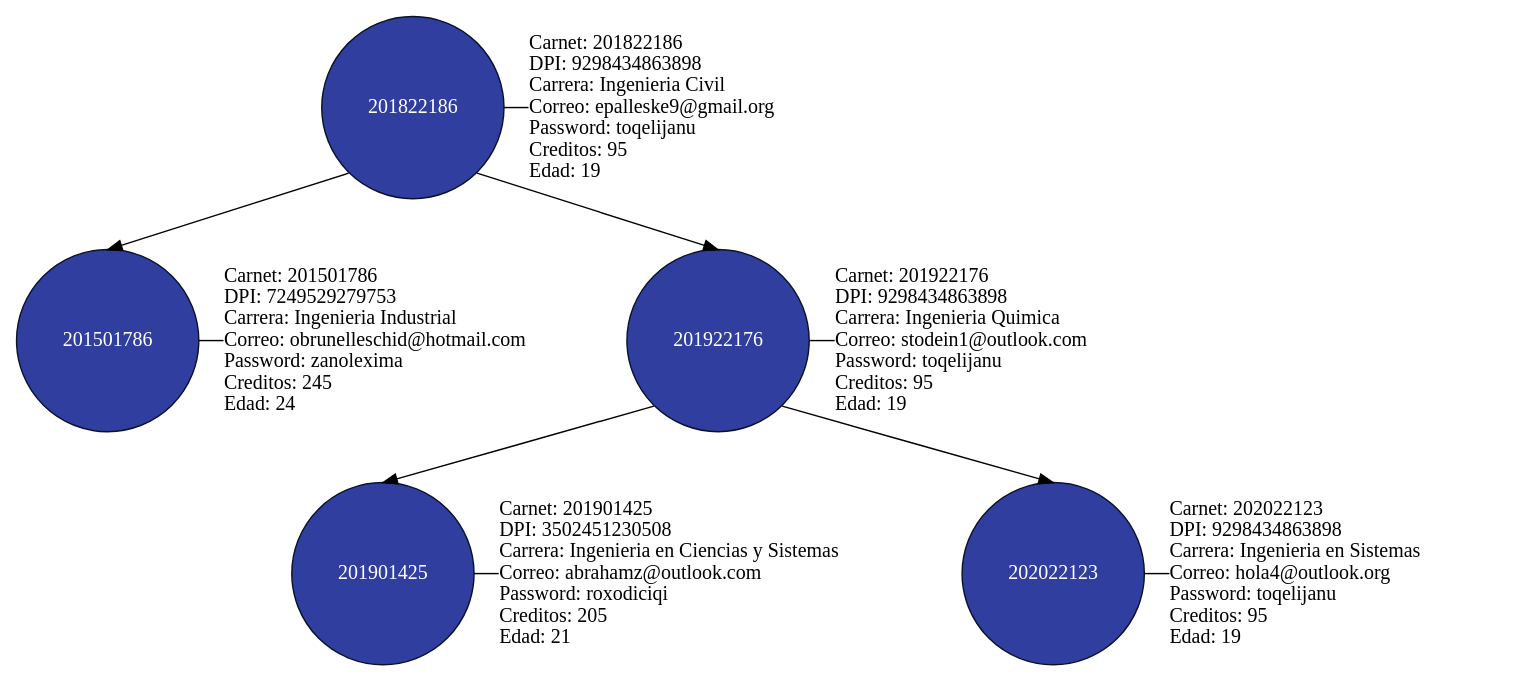
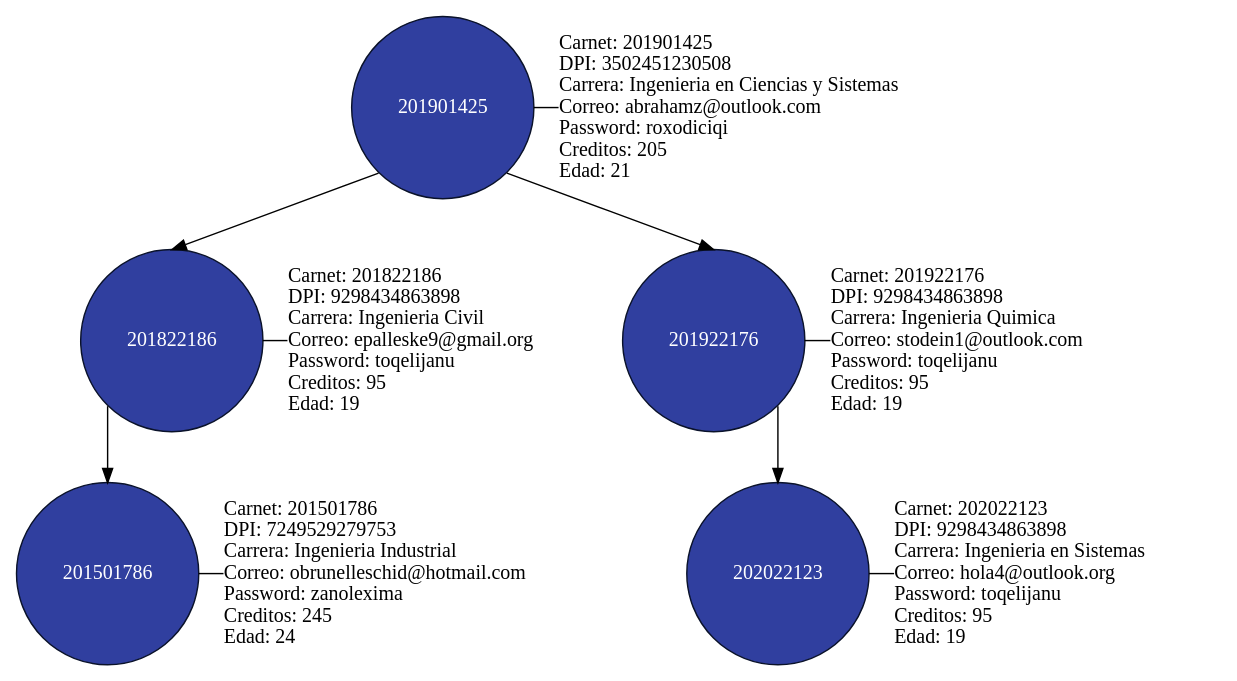
One commit to DanielDubonDR/EDD_SmartClass_201901772 changed the diagram in Fase_2/Archivos_dot/AVL.dot. Above: the diagram before and after it, drawn with Graphviz. The commit also changed 2 other files, not shown here.

```diff
--- a/Fase_2/Archivos_dot/AVL.dot
+++ b/Fase_2/Archivos_dot/AVL.dot
@@ -1,33 +1,33 @@
   
         digraph G
         {
             node[shape=circle, style=filled, fillcolor="#303F9F", fontcolor=white, color="#0A122A"];
             splines=false;
         
+		n201901425 [label = "201901425"];
+		n201901425 -> n201822186[tailport=sw headport=n];
+		n201901425 -> n201922176[tailport=se headport=n];
 		n201822186 [label = "201822186"];
 		n201822186 -> n201501786[tailport=sw headport=n];
-		n201822186 -> n201922176[tailport=se headport=n];
 		n201501786 [label = "201501786"];
 		n201922176 [label = "201922176"];
-		n201922176 -> n201901425[tailport=sw headport=n];
 		n201922176 -> n202022123[tailport=se headport=n];
-		n201901425 [label = "201901425"];
 		n202022123 [label = "202022123"];
 		edge[dir=none];
 		node[fillcolor=white, fontcolor=black];
 		201501786 [shape=plain label= "Carnet: 201501786\lDPI: 7249529279753\lCarrera: Ingenieria Industrial\lCorreo: obrunelleschid@hotmail.com\lPassword: zanolexima\lCreditos: 245\lEdad: 24\l"];
 		{rank=same; n201501786; 201501786}
 		n201501786 -> 201501786;
 		201822186 [shape=plain label= "Carnet: 201822186\lDPI: 9298434863898\lCarrera: Ingenieria Civil\lCorreo: epalleske9@gmail.org\lPassword: toqelijanu\lCreditos: 95\lEdad: 19\l"];
 		{rank=same; n201822186; 201822186}
 		n201822186 -> 201822186;
 		201901425 [shape=plain label= "Carnet: 201901425\lDPI: 3502451230508\lCarrera: Ingenieria en Ciencias y Sistemas\lCorreo: abrahamz@outlook.com\lPassword: roxodiciqi\lCreditos: 205\lEdad: 21\l"];
 		{rank=same; n201901425; 201901425}
 		n201901425 -> 201901425;
 		201922176 [shape=plain label= "Carnet: 201922176\lDPI: 9298434863898\lCarrera: Ingenieria Quimica\lCorreo: stodein1@outlook.com\lPassword: toqelijanu\lCreditos: 95\lEdad: 19\l"];
 		{rank=same; n201922176; 201922176}
 		n201922176 -> 201922176;
 		202022123 [shape=plain label= "Carnet: 202022123\lDPI: 9298434863898\lCarrera: Ingenieria en Sistemas\lCorreo: hola4@outlook.org\lPassword: toqelijanu\lCreditos: 95\lEdad: 19\l"];
 		{rank=same; n202022123; 202022123}
 		n202022123 -> 202022123;
 	}
```
